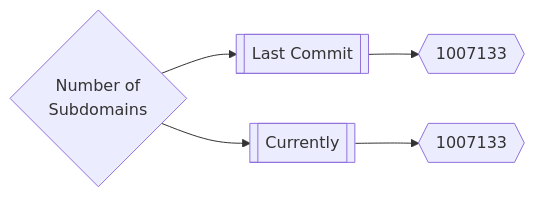
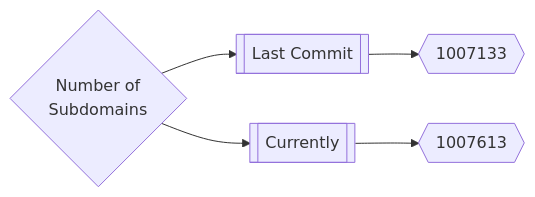
The first of 3 diagrams in README.md (trickest/inventory), drawn with Mermaid before and after one commit. The commit also changed other lines of this file, not shown here.

````diff
--- a/README.md
+++ b/README.md
@@ -167,5 +167,5 @@
 ```mermaid
 graph LR
 title{Number of<br>Subdomains} --> subdomainsDate1[[Last Commit]] --> subdomainsNum1{{1007133}}
-title --> subdomainsDate2[[Currently]] --> subdomainsNum2{{1007133}}
+title --> subdomainsDate2[[Currently]] --> subdomainsNum2{{1007613}}
 ```
````
